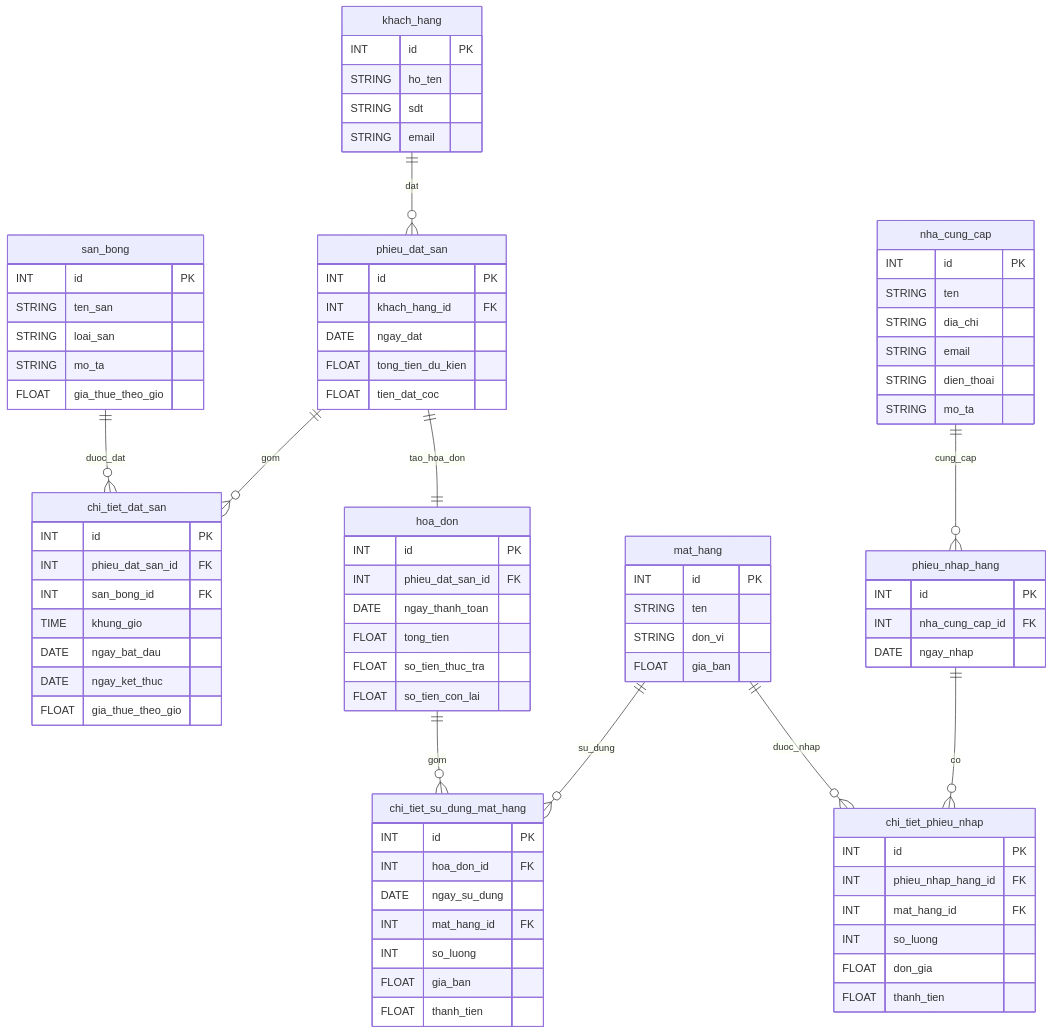
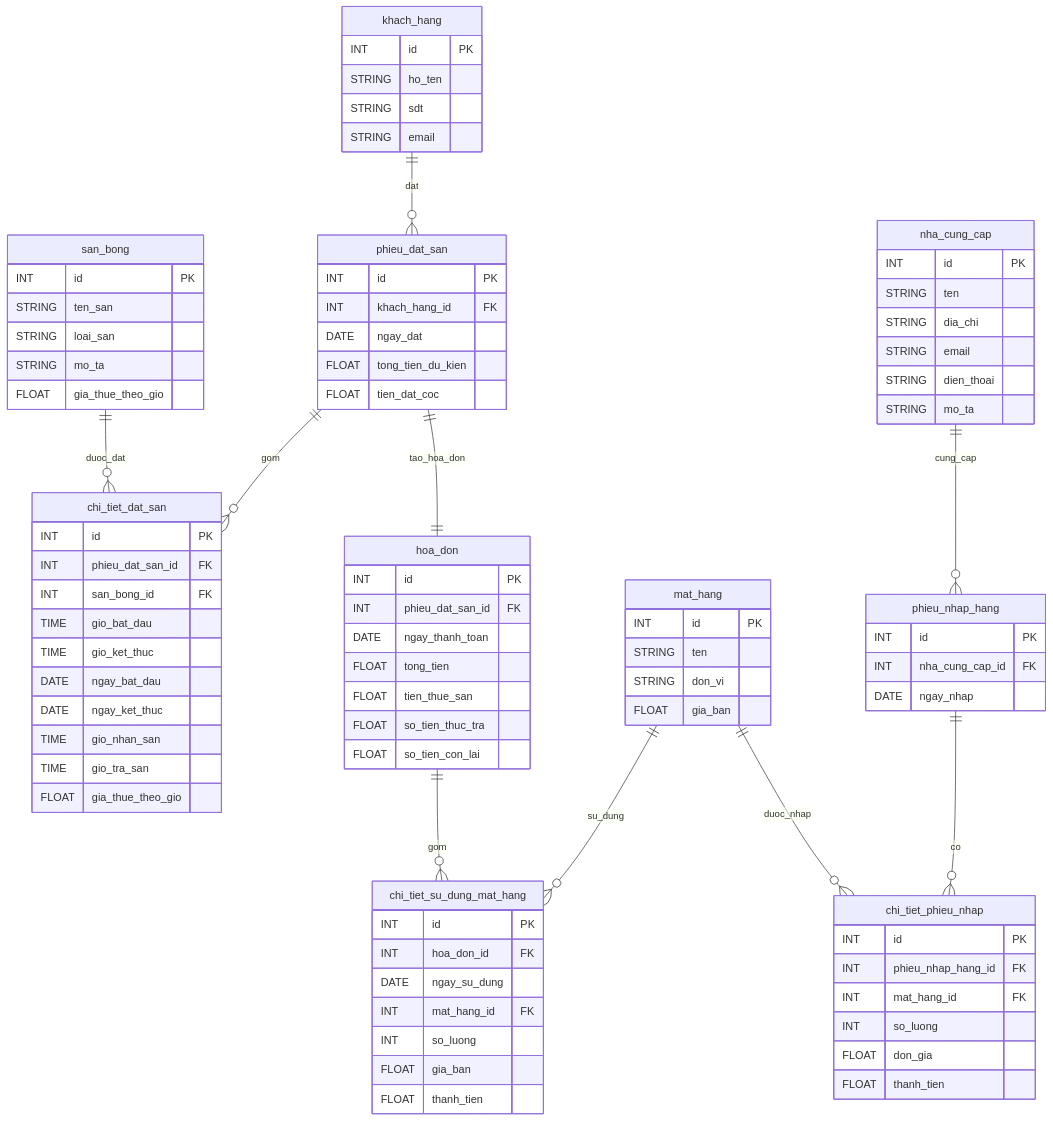
Before and after one commit to hinorashi/qlsb: the fourth of 4 diagrams in README.md, drawn with Mermaid. The commit also changed 2 other files, not shown here.

Commit message:
Cài đặt và thử nghiệm, update class diagram

```diff
--- a/README.md
+++ b/README.md
@@ -248,9 +248,12 @@
         INT id PK
         INT phieu_dat_san_id FK
         INT san_bong_id FK
-        TIME khung_gio
+        TIME gio_bat_dau
+        TIME gio_ket_thuc
         DATE ngay_bat_dau
         DATE ngay_ket_thuc
+        TIME gio_nhan_san
+        TIME gio_tra_san
         FLOAT gia_thue_theo_gio
     }
 
@@ -259,6 +262,7 @@
         INT phieu_dat_san_id FK
         DATE ngay_thanh_toan
         FLOAT tong_tien
+        FLOAT tien_thue_san
         FLOAT so_tien_thuc_tra
         FLOAT so_tien_con_lai
     }
```
